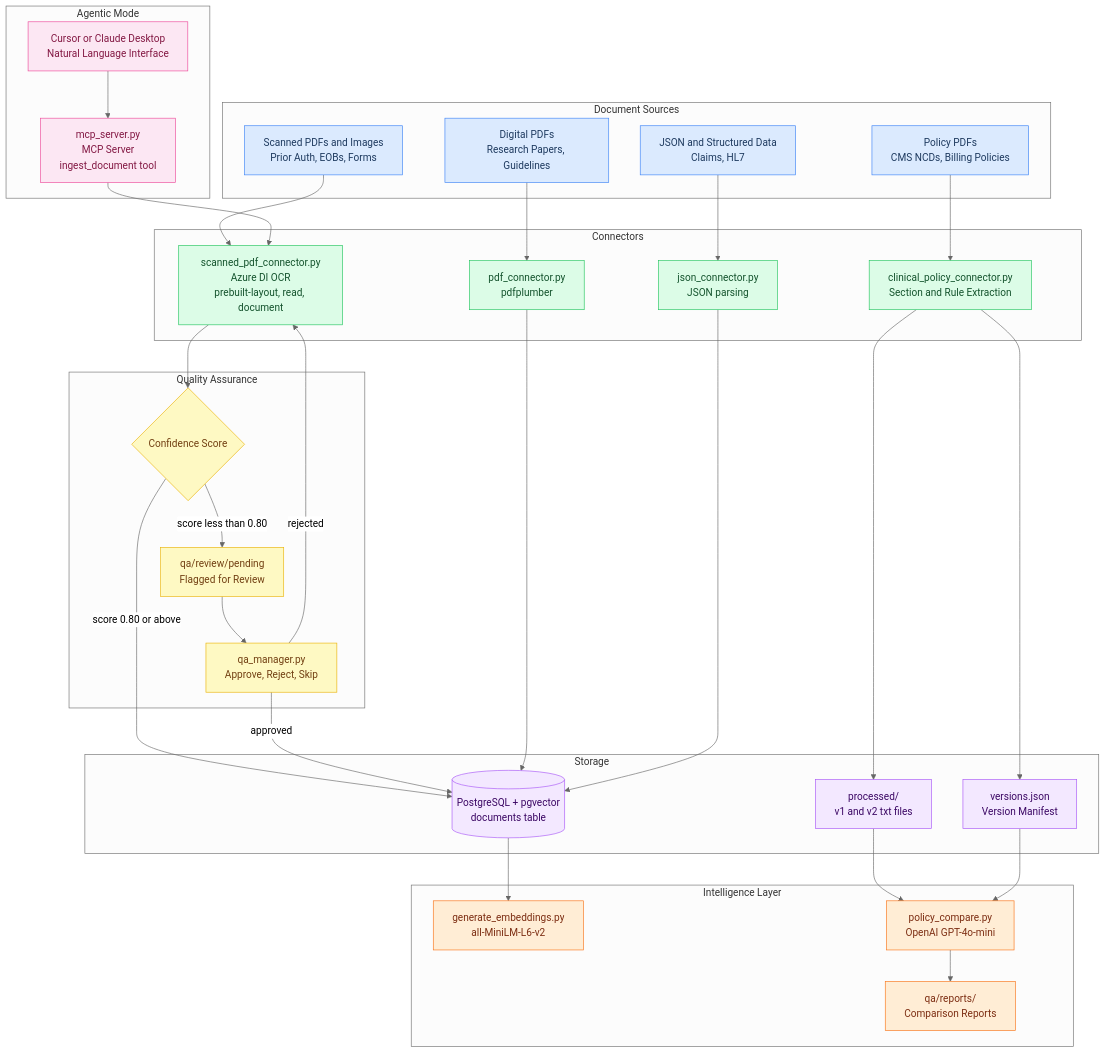
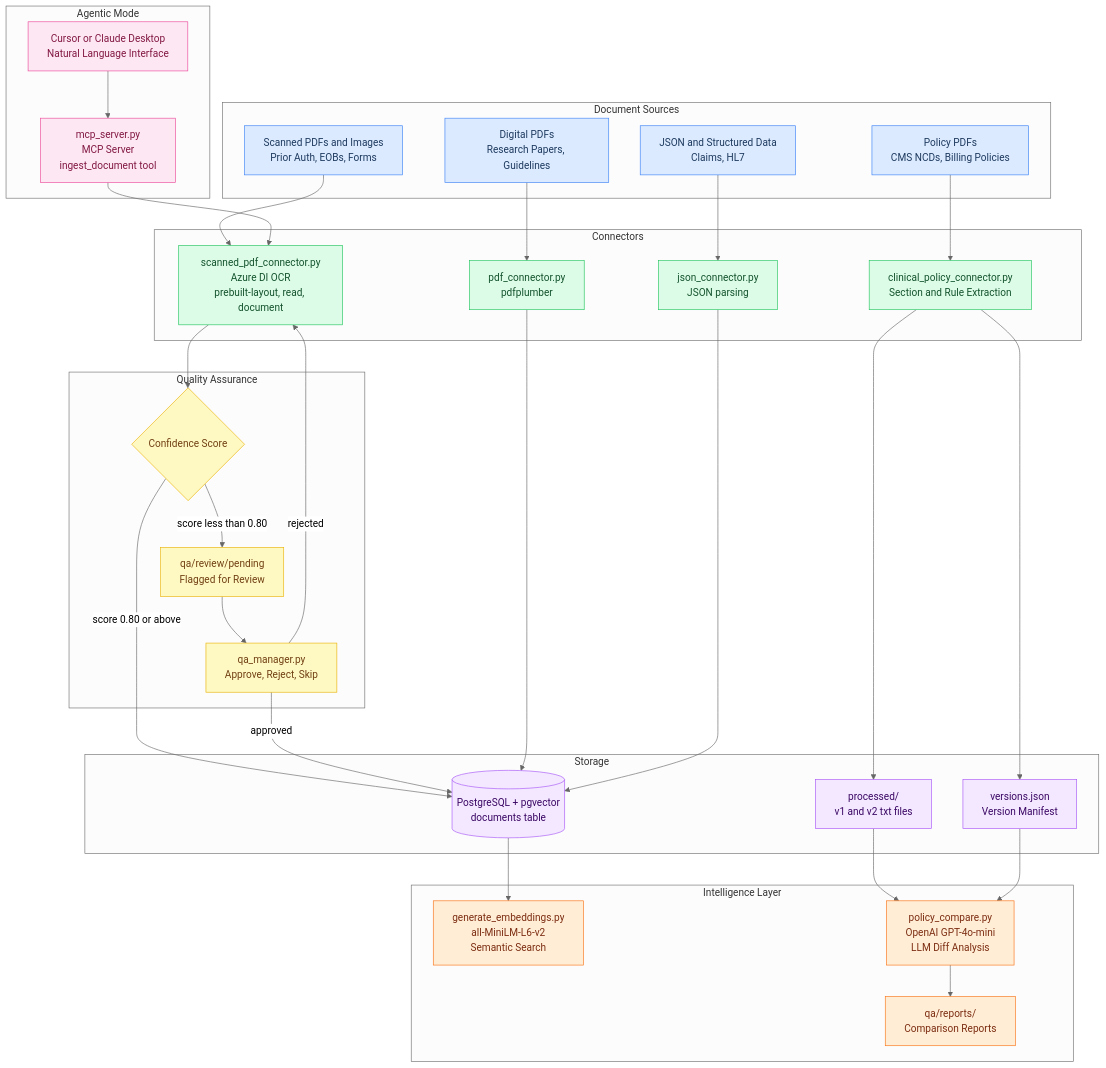
The diagram in README.md (Lahari-V03/clinical-doc-pipeline), drawn with Mermaid (neutral theme) before and after one commit.

Commit message:
docs: architecture file edit

````diff
--- a/README.md
+++ b/README.md
@@ -22,78 +22,79 @@
 ```mermaid
 flowchart TD
     subgraph Input["Document Sources"]
         A["Scanned PDFs and Images<br/>Prior Auth, EOBs, Forms"]
         B["Digital PDFs<br/>Research Papers, Guidelines"]
         C["JSON and Structured Data<br/>Claims, HL7"]
         D["Policy PDFs<br/>CMS NCDs, Billing Policies"]
     end
 
     subgraph Connectors["Connectors"]
         E["scanned_pdf_connector.py<br/>Azure DI OCR<br/>prebuilt-layout, read, document"]
         F["pdf_connector.py<br/>pdfplumber"]
         G["json_connector.py<br/>JSON parsing"]
         H["clinical_policy_connector.py<br/>Section and Rule Extraction"]
     end
 
     subgraph QA["Quality Assurance"]
         I{Confidence Score}
         J["qa/review/pending<br/>Flagged for Review"]
         K["qa_manager.py<br/>Approve, Reject, Skip"]
     end
 
     subgraph Storage["Storage"]
         L[("PostgreSQL + pgvector<br/>documents table")]
         M["processed/<br/>v1 and v2 txt files"]
         N["versions.json<br/>Version Manifest"]
     end
 
     subgraph Intelligence["Intelligence Layer"]
-        O["generate_embeddings.py<br/>all-MiniLM-L6-v2"]
-        P["policy_compare.py<br/>OpenAI GPT-4o-mini"]
+        O["generate_embeddings.py<br/>all-MiniLM-L6-v2<br/>Semantic Search"]
+        P["policy_compare.py<br/>OpenAI GPT-4o-mini<br/>LLM Diff Analysis"]
         Q["qa/reports/<br/>Comparison Reports"]
     end
 
     subgraph Agentic["Agentic Mode"]
         R["mcp_server.py<br/>MCP Server<br/>ingest_document tool"]
         S["Cursor or Claude Desktop<br/>Natural Language Interface"]
     end
 
     A --> E
     B --> F
     C --> G
     D --> H
 
     E --> I
     I -->|"score less than 0.80"| J
     I -->|"score 0.80 or above"| L
     J --> K
     K -->|"approved"| L
     K -->|"rejected"| E
 
     F --> L
     G --> L
+
     H --> M
     H --> N
-
-    L --> O
     M --> P
     N --> P
     P --> Q
+
+    L --> O
 
     S --> R
     R --> E
 
     classDef input fill:#dbeafe,stroke:#3b82f6,color:#1e3a5f
     classDef connector fill:#dcfce7,stroke:#22c55e,color:#14532d
     classDef qa fill:#fef9c3,stroke:#eab308,color:#713f12
     classDef storage fill:#f3e8ff,stroke:#a855f7,color:#3b0764
     classDef intelligence fill:#ffedd5,stroke:#f97316,color:#7c2d12
     classDef agentic fill:#fce7f3,stroke:#ec4899,color:#831843
 
     class A,B,C,D input
     class E,F,G,H connector
     class I,J,K qa
     class L,M,N storage
     class O,P,Q intelligence
     class R,S agentic
 ```
````
